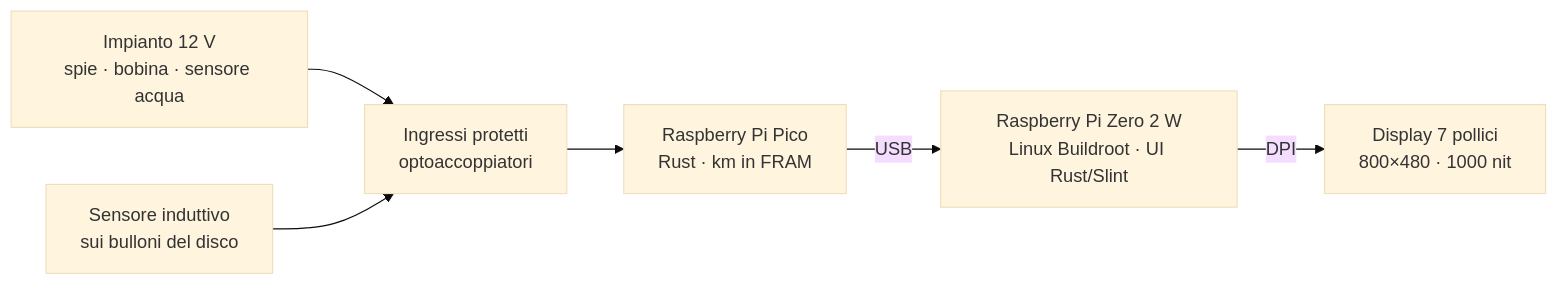
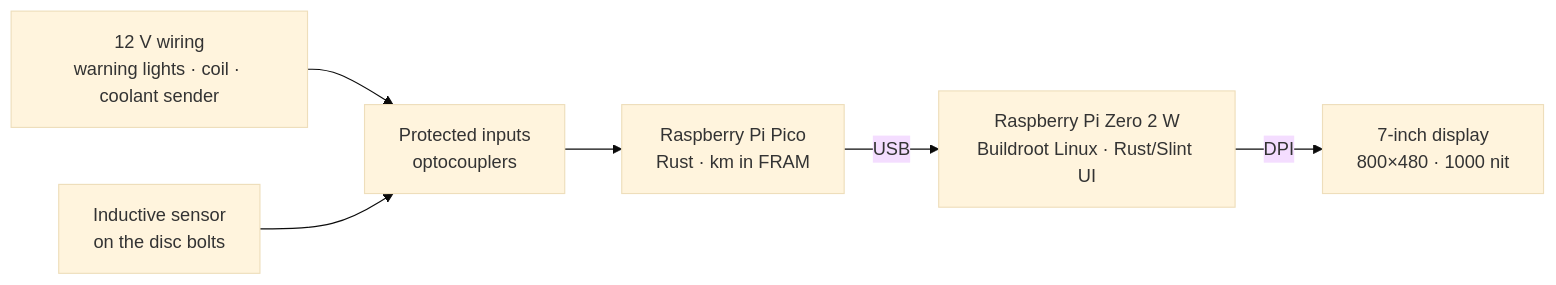
One commit to frascella-dev/tdm-dash changed the diagram in README.md. Above: the diagram before and after it, drawn with Mermaid (base theme). The commit also changed other lines of this file and 38 other files, not shown here.

````diff
--- a/README.md
+++ b/README.md
@@ -25,8 +24,8 @@
 ```mermaid
 flowchart LR
-  MOTO["Impianto 12 V<br/>spie · bobina · sensore acqua"] --> IO["Ingressi protetti<br/>optoaccoppiatori"]
-  RUOTA["Sensore induttivo<br/>sui bulloni del disco"] --> IO
+  MOTO["12 V wiring<br/>warning lights · coil · coolant sender"] --> IO["Protected inputs<br/>optocouplers"]
+  RUOTA["Inductive sensor<br/>on the disc bolts"] --> IO
   IO --> MCU["Raspberry Pi Pico<br/>Rust · km in FRAM"]
-  MCU -- USB --> PI["Raspberry Pi Zero 2 W<br/>Linux Buildroot · UI Rust/Slint"]
-  PI -- DPI --> LCD["Display 7 pollici<br/>800×480 · 1000 nit"]
+  MCU -- USB --> PI["Raspberry Pi Zero 2 W<br/>Buildroot Linux · Rust/Slint UI"]
+  PI -- DPI --> LCD["7-inch display<br/>800×480 · 1000 nit"]
 ```
````
